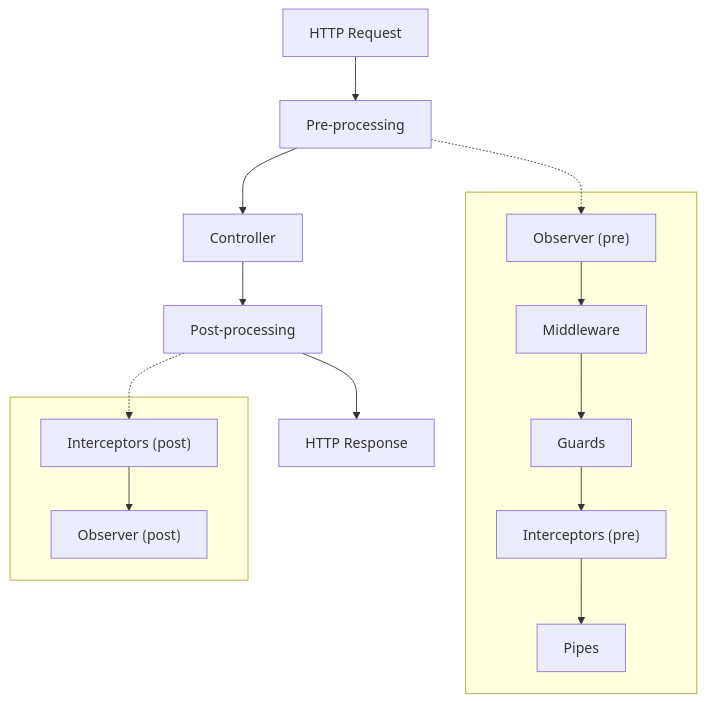
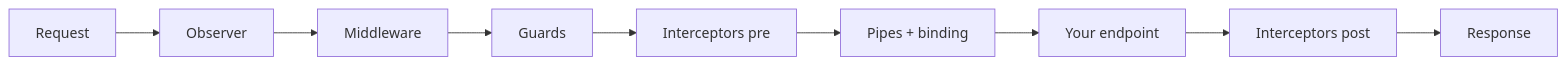
One commit to mrgnhnt96/revali changed the diagram in doc-site/content/constructs/revali_server/index.md. Above: the diagram before and after it, drawn with Mermaid. The commit also changed other lines of this file and 126 other files, not shown here.

````diff
--- a/doc-site/content/constructs/revali_server/index.md
+++ b/doc-site/content/constructs/revali_server/index.md
@@ -66,19 +17,11 @@
 ```mermaid
-graph TD;
-    A[HTTP Request] --> B[Pre-processing];
-    B --> C[Controller];
-    C --> D[Post-processing];
-    D --> E[HTTP Response];
-
-    %% Pre-processing details
-    subgraph PreFlow [ ]
-        B1[Observer ⟮pre⟯] --> B2[Middleware] --> B3[Guards] --> B4[Interceptors ⟮pre⟯] --> B5[Pipes];
-    end
-    B -.-> B1;
-
-    %% Post-processing details
-    subgraph PostFlow [ ]
-        D1[Interceptors ⟮post⟯] --> D2[Observer ⟮post⟯];
-    end
-    D -.-> D1;
+graph LR;
+    A[Request] --> B[Observer]
+    B --> C[Middleware]
+    C --> D[Guards]
+    D --> E[Interceptors pre]
+    E --> F[Pipes + binding]
+    F --> G[Your endpoint]
+    G --> H[Interceptors post]
+    H --> I[Response]
 ```
````
